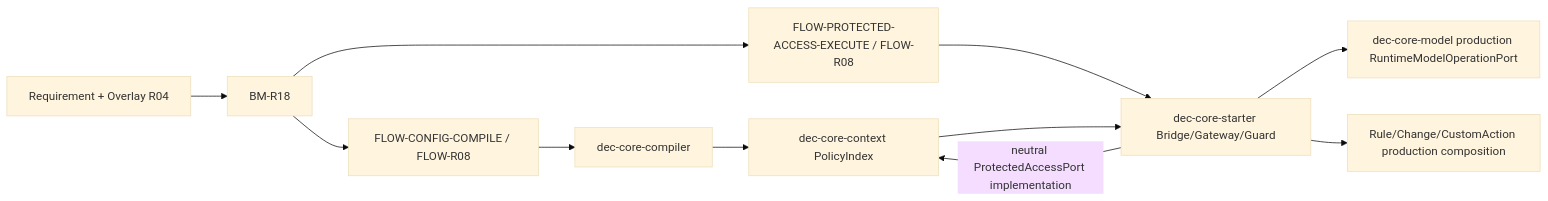
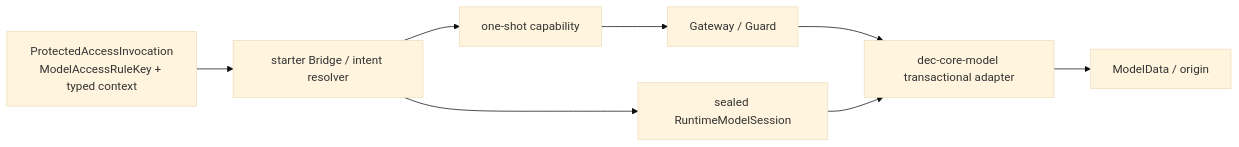
One commit to szlwin/doc-eq-code-Dgremlin changed the diagram in project_doc/docs/_relations/dependency_graph.md. Above: the diagram before and after it, drawn with Mermaid (base theme). The commit also changed other lines of this file and 11 other files, not shown here.

````diff
--- a/project_doc/docs/_relations/dependency_graph.md
+++ b/project_doc/docs/_relations/dependency_graph.md
@@ -21,13 +21,18 @@
 ```mermaid
 flowchart LR
-  R[Requirement + Overlay R04] --> BM[BM-R18]
-  BM --> FC[FLOW-CONFIG-COMPILE / FLOW-R08]
-  BM --> FR[FLOW-PROTECTED-ACCESS-EXECUTE / FLOW-R08]
-  FC --> C[dec-core-compiler]
-  C --> X[dec-core-context PolicyIndex]
-  FR --> S[dec-core-starter Bridge/Gateway/Guard]
-  S --> M[dec-core-model production RuntimeModelOperationPort]
-  X --> S
-  S -->|neutral ProtectedAccessPort implementation| X
-  S --> D[Rule/Change/CustomAction production composition]
+  I[ProtectedAccessInvocation\nModelAccessRuleKey + typed context]
+  B[starter Bridge / intent resolver]
+  S[sealed RuntimeModelSession]
+  C[one-shot capability]
+  G[Gateway / Guard]
+  M[dec-core-model transactional adapter]
+  D[ModelData / origin]
+
+  I --> B
+  B --> S
+  B --> C
+  C --> G
+  G --> M
+  S --> M
+  M --> D
 ```
````
